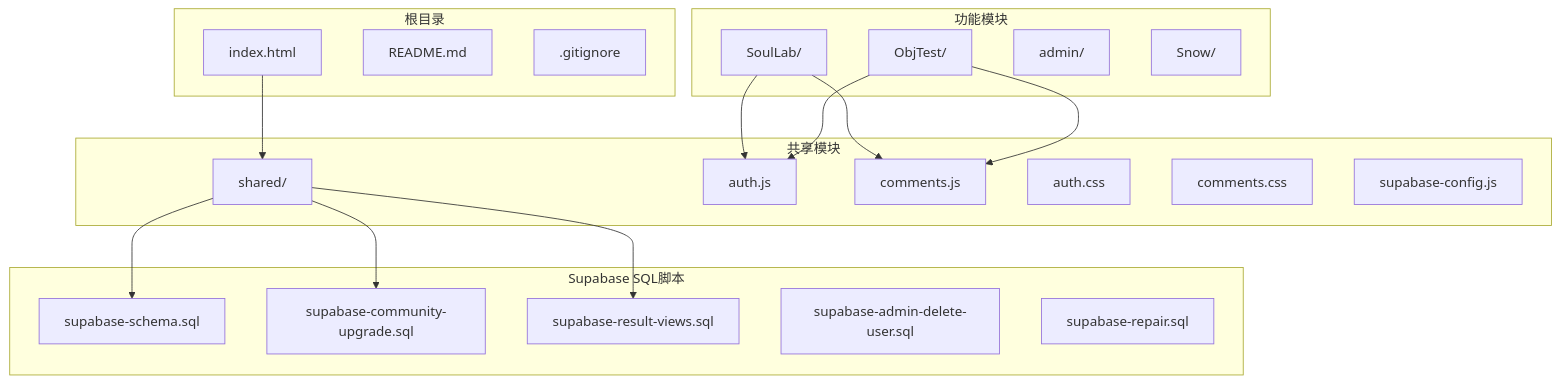
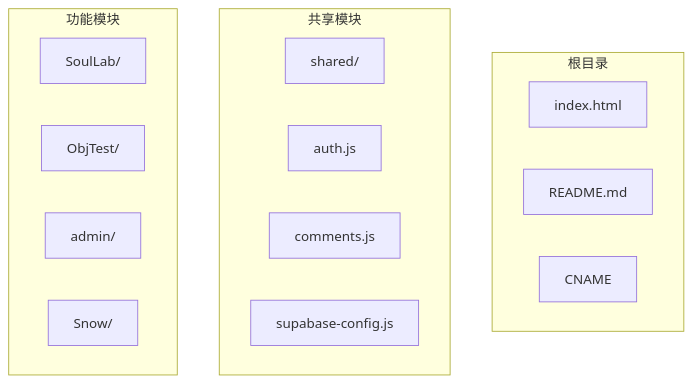
The first of 9 diagrams in .qoder/repowiki/zh/content/部署指南/开发环境部署.md (shao51920/qingye520.xyz), drawn with Mermaid before and after one commit. The commit also changed other lines of this file and 6 other files, not shown here.

````diff
--- a/.qoder/repowiki/zh/content/部署指南/开发环境部署.md
+++ b/.qoder/repowiki/zh/content/部署指南/开发环境部署.md
@@ -46,37 +46,20 @@
 ```mermaid
 graph TB
 subgraph "根目录"
 A[index.html]
 B[README.md]
-C[.gitignore]
+C[CNAME]
 end
 subgraph "共享模块"
 D[shared/]
 D1[auth.js]
 D2[comments.js]
-D3[auth.css]
-D4[comments.css]
-D5[supabase-config.js]
+D3[supabase-config.js]
 end
 subgraph "功能模块"
 E[SoulLab/]
 F[ObjTest/]
 G[admin/]
 H[Snow/]
 end
-subgraph "Supabase SQL脚本"
-I[supabase-schema.sql]
-J[supabase-community-upgrade.sql]
-K[supabase-result-views.sql]
-L[supabase-admin-delete-user.sql]
-M[supabase-repair.sql]
-end
-A --> D
-D --> I
-D --> J
-D --> K
-E --> D1
-E --> D2
-F --> D1
-F --> D2
 ```
````
